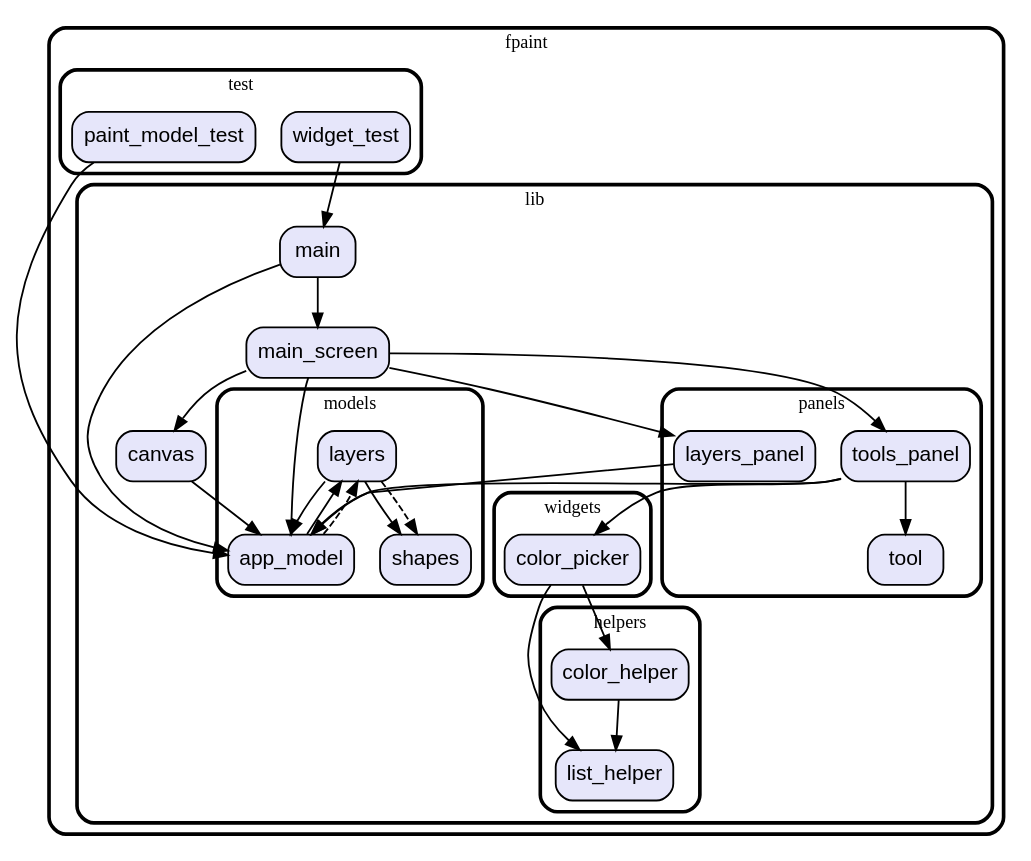
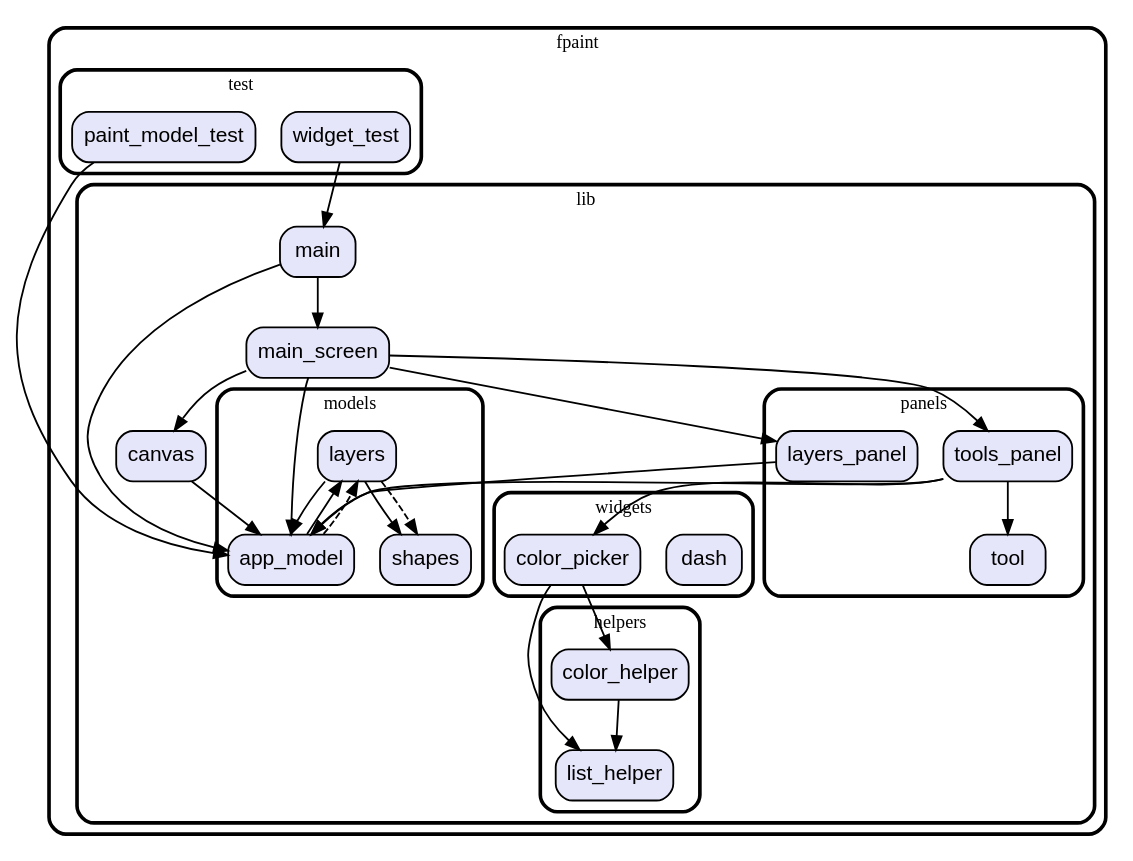
The diagram in graph.dot (vteam-com/fPaint), drawn with Graphviz before and after one commit. The commit also changed 7 other files, not shown here.

```diff
--- a/graph.dot
+++ b/graph.dot
@@ -1,75 +1,77 @@
 digraph "" {
   graph [style=rounded fontname="Arial Black" fontsize=13 penwidth=2.6];
   node [shape=rect style="filled,rounded" fontname=Arial fontsize=15 fillcolor=Lavender penwidth=1.3];
   edge [penwidth=1.3];
   "/test/paint_model_test.dart" [label="paint_model_test"];
   "/test/widget_test.dart" [label="widget_test"];
   "/lib/panels/tools_panel.dart" [label="tools_panel"];
   "/lib/panels/layers_panel.dart" [label="layers_panel"];
   "/lib/panels/tool.dart" [label="tool"];
   "/lib/models/layers.dart" [label="layers"];
   "/lib/models/shapes.dart" [label="shapes"];
   "/lib/models/app_model.dart" [label="app_model"];
   "/lib/main.dart" [label="main"];
   "/lib/canvas.dart" [label="canvas"];
   "/lib/main_screen.dart" [label="main_screen"];
   "/lib/helpers/list_helper.dart" [label="list_helper"];
   "/lib/helpers/color_helper.dart" [label="color_helper"];
+  "/lib/widgets/dash.dart" [label="dash"];
   "/lib/widgets/color_picker.dart" [label="color_picker"];
   subgraph "cluster~" {
     label="fpaint";
     subgraph "cluster~/test" {
       label="test";
       "/test/paint_model_test.dart";
       "/test/widget_test.dart";
     }
     subgraph "cluster~/lib" {
       label="lib";
       "/lib/main.dart";
       "/lib/canvas.dart";
       "/lib/main_screen.dart";
       subgraph "cluster~/lib/panels" {
         label="panels";
         "/lib/panels/tools_panel.dart";
         "/lib/panels/layers_panel.dart";
         "/lib/panels/tool.dart";
       }
       subgraph "cluster~/lib/models" {
         label="models";
         "/lib/models/layers.dart";
         "/lib/models/shapes.dart";
         "/lib/models/app_model.dart";
       }
       subgraph "cluster~/lib/helpers" {
         label="helpers";
         "/lib/helpers/list_helper.dart";
         "/lib/helpers/color_helper.dart";
       }
       subgraph "cluster~/lib/widgets" {
         label="widgets";
+        "/lib/widgets/dash.dart";
         "/lib/widgets/color_picker.dart";
       }
     }
   }
   "/test/paint_model_test.dart" -> "/lib/models/app_model.dart";
   "/test/widget_test.dart" -> "/lib/main.dart";
   "/lib/panels/tools_panel.dart" -> "/lib/models/app_model.dart";
   "/lib/panels/tools_panel.dart" -> "/lib/panels/tool.dart";
   "/lib/panels/tools_panel.dart" -> "/lib/widgets/color_picker.dart";
   "/lib/panels/layers_panel.dart" -> "/lib/models/app_model.dart";
   "/lib/models/layers.dart" -> "/lib/models/app_model.dart";
   "/lib/models/layers.dart" -> "/lib/models/shapes.dart";
   "/lib/models/layers.dart" -> "/lib/models/shapes.dart" [style=dashed];
   "/lib/models/app_model.dart" -> "/lib/models/layers.dart";
   "/lib/models/app_model.dart" -> "/lib/models/layers.dart" [style=dashed];
   "/lib/main.dart" -> "/lib/main_screen.dart";
   "/lib/main.dart" -> "/lib/models/app_model.dart";
   "/lib/canvas.dart" -> "/lib/models/app_model.dart";
   "/lib/main_screen.dart" -> "/lib/canvas.dart";
   "/lib/main_screen.dart" -> "/lib/panels/layers_panel.dart";
   "/lib/main_screen.dart" -> "/lib/panels/tools_panel.dart";
   "/lib/main_screen.dart" -> "/lib/models/app_model.dart";
   "/lib/helpers/color_helper.dart" -> "/lib/helpers/list_helper.dart";
   "/lib/widgets/color_picker.dart" -> "/lib/helpers/color_helper.dart";
   "/lib/widgets/color_picker.dart" -> "/lib/helpers/list_helper.dart";
 }
```
